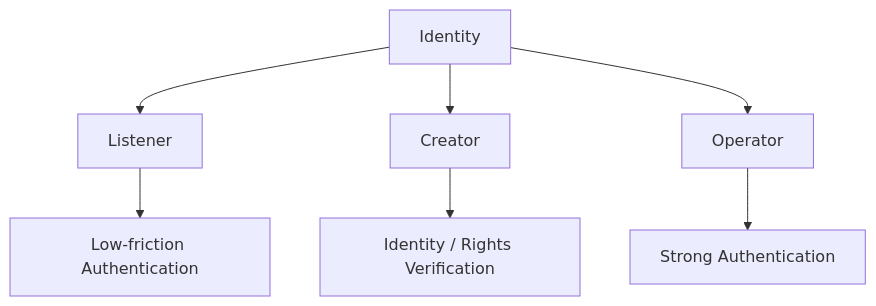
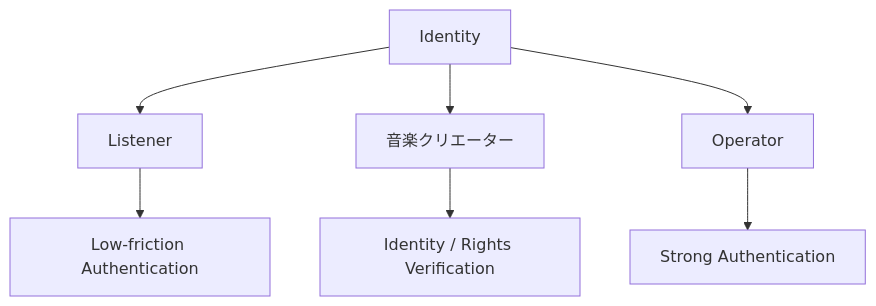
One commit to ShigeichiroYamasaki/creator-first-platform changed the fourth of 48 diagrams in docs/whitepaper/10-security.md. Above: the diagram before and after it, drawn with Mermaid. The commit also changed other lines of this file and 67 other files, not shown here.

````diff
--- a/docs/whitepaper/10-security.md
+++ b/docs/whitepaper/10-security.md
@@ -149,12 +149,12 @@
 ```mermaid
 flowchart TD
     ID[Identity]
 
     ID --> USER[Listener]
-    ID --> CREATOR[Creator]
+    ID --> CREATOR[音楽クリエーター]
     ID --> ADMIN[Operator]
 
     USER --> UAUTH[Low-friction Authentication]
     CREATOR --> CVERIFY[Identity / Rights Verification]
     ADMIN --> STRONG[Strong Authentication]
 ```
````
